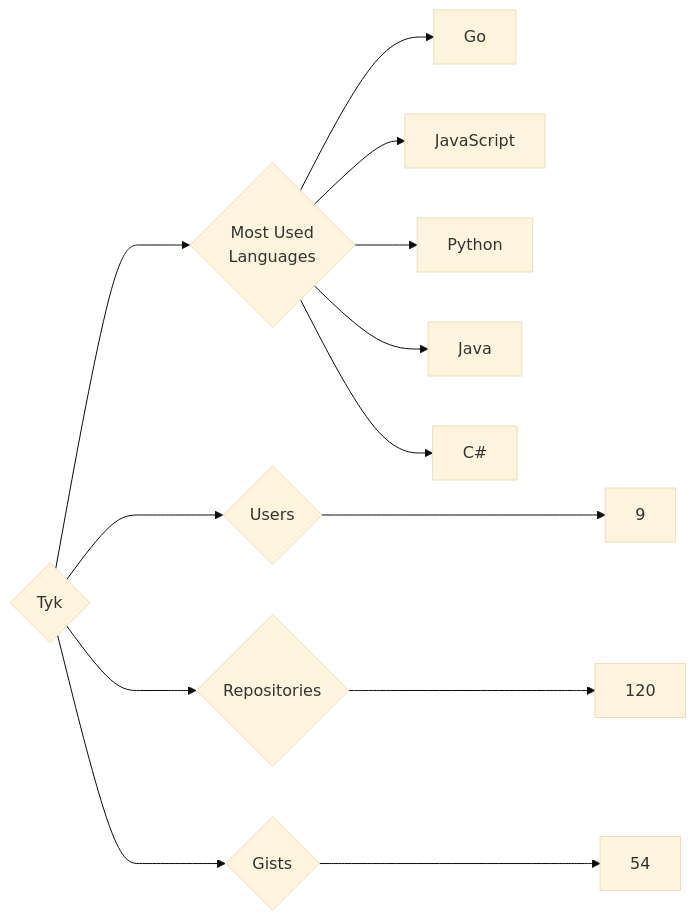
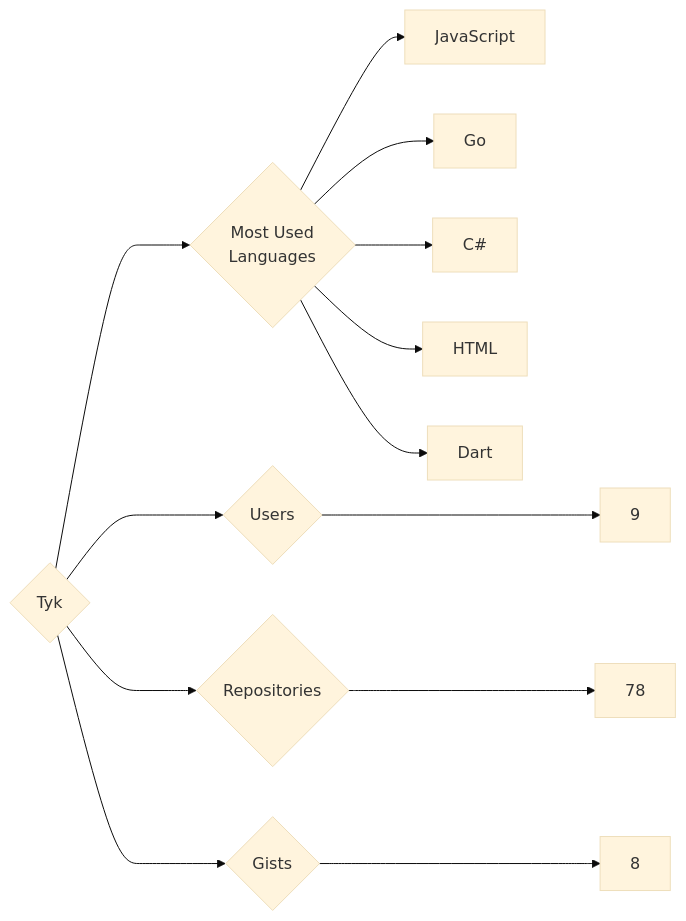
Before and after one commit to trickest/insiders: the diagram in targets/Tyk/README.md, drawn with Mermaid (base theme). The commit also changed 940 other files, not shown here.

````diff
--- a/targets/Tyk/README.md
+++ b/targets/Tyk/README.md
@@ -3,13 +3,13 @@
 ```mermaid
 graph LR
 COMPANY_NAME{Tyk}
 COMPANY_NAME ---> U{Users} ---> UN[9]
-COMPANY_NAME ---> R{Repositories} ---> RN[120]
-COMPANY_NAME ---> G{Gists} ---> GN[54]
+COMPANY_NAME ---> R{Repositories} ---> RN[78]
+COMPANY_NAME ---> G{Gists} ---> GN[8]
 COMPANY_NAME ---> ML{Most Used<br>Languages}
+ML --> JavaScript[JavaScript]
 ML --> Go[Go]
-ML --> JavaScript[JavaScript]
-ML --> Python[Python]
-ML --> Java[Java]
 ML --> C#[C#]
+ML --> HTML[HTML]
+ML --> Dart[Dart]
 ```
````
